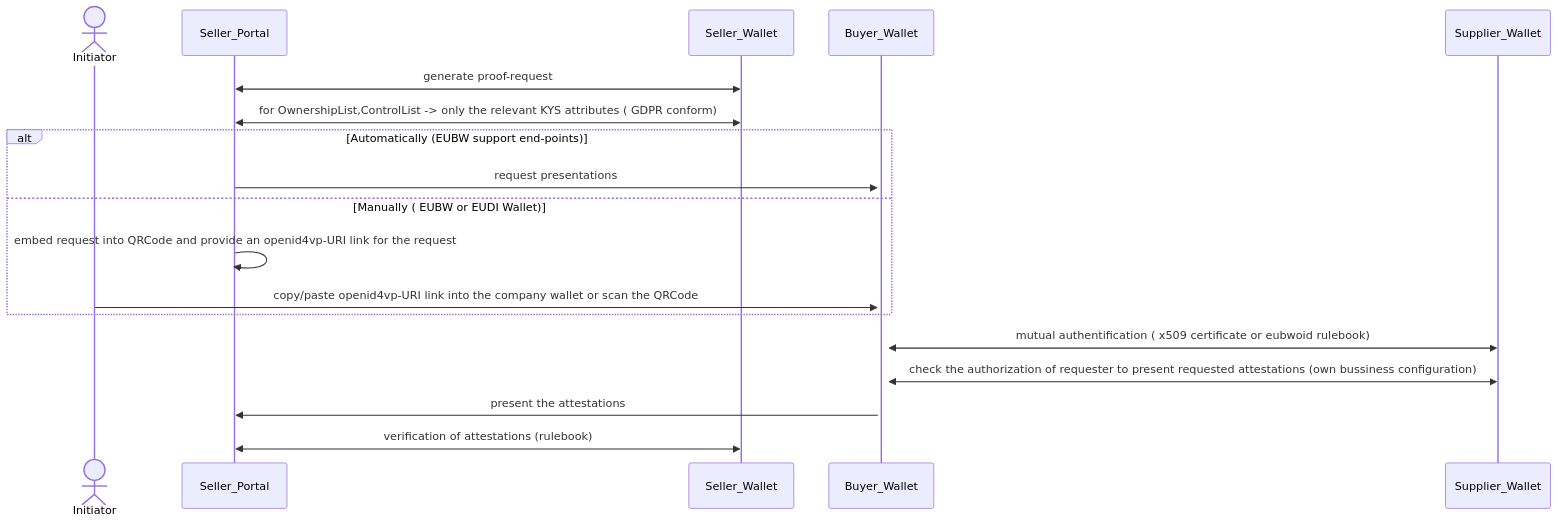
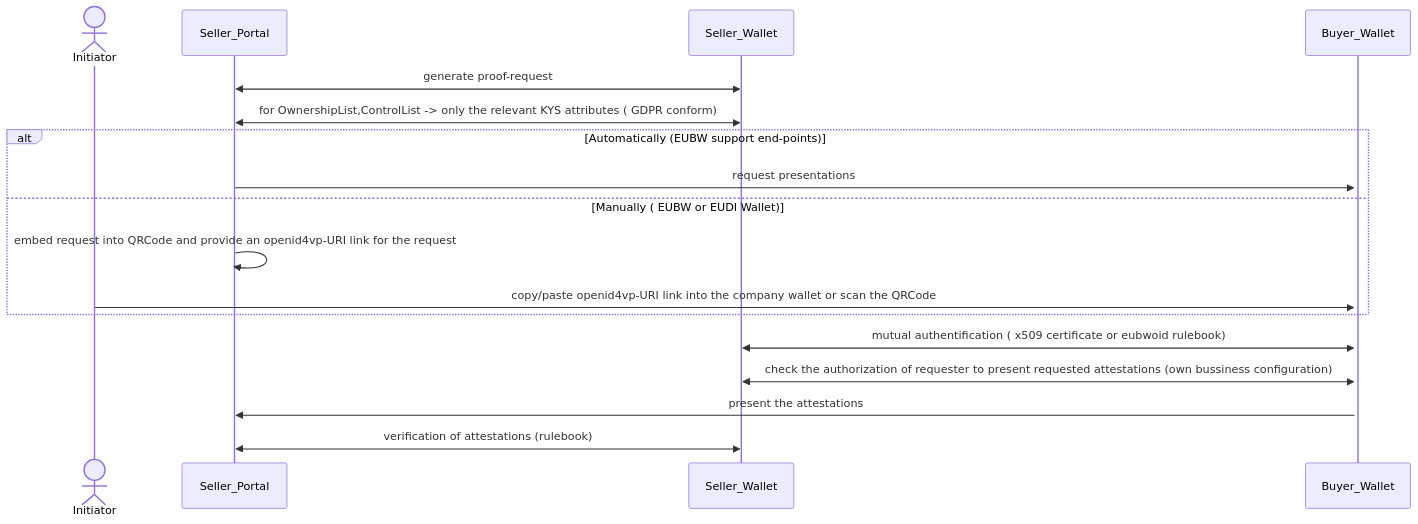
One commit to flo0x/wp3-technology-standards changed the fifth of 7 diagrams in BU1/BU1_KYC.md. Above: the diagram before and after it, drawn with Mermaid.

Commit message:
PA3 changes

````diff
--- a/BU1/BU1_KYC.md
+++ b/BU1/BU1_KYC.md
@@ -91,16 +91,16 @@
 ```mermaid
 sequenceDiagram
     actor Initiator
     Seller_Portal<<->>Seller_Wallet: generate proof-request
     Seller_Portal<<->>Seller_Wallet: for OwnershipList,ControlList -> only the relevant KYS attributes ( GDPR conform)  
     alt Automatically (EUBW support end-points)
         Seller_Portal->>+Buyer_Wallet: request presentations
     else Manually ( EUBW or EUDI Wallet)
         Seller_Portal->>Seller_Portal: embed request into QRCode and provide an openid4vp-URI link for the request
         Initiator->>+Buyer_Wallet: copy/paste openid4vp-URI link into the company wallet or scan the QRCode
     end                 
-    Buyer_Wallet<<->>Supplier_Wallet: mutual authentification ( x509 certificate or eubwoid rulebook)
-    Buyer_Wallet<<->>Supplier_Wallet: check the authorization of requester to present requested attestations (own bussiness configuration)
+    Buyer_Wallet<<->>Seller_Wallet: mutual authentification ( x509 certificate or eubwoid rulebook)
+    Buyer_Wallet<<->>Seller_Wallet: check the authorization of requester to present requested attestations (own bussiness configuration)
     Buyer_Wallet->>Seller_Portal: present the attestations
     Seller_Portal<<->>Seller_Wallet: verification of attestations (rulebook)
 ```
````
